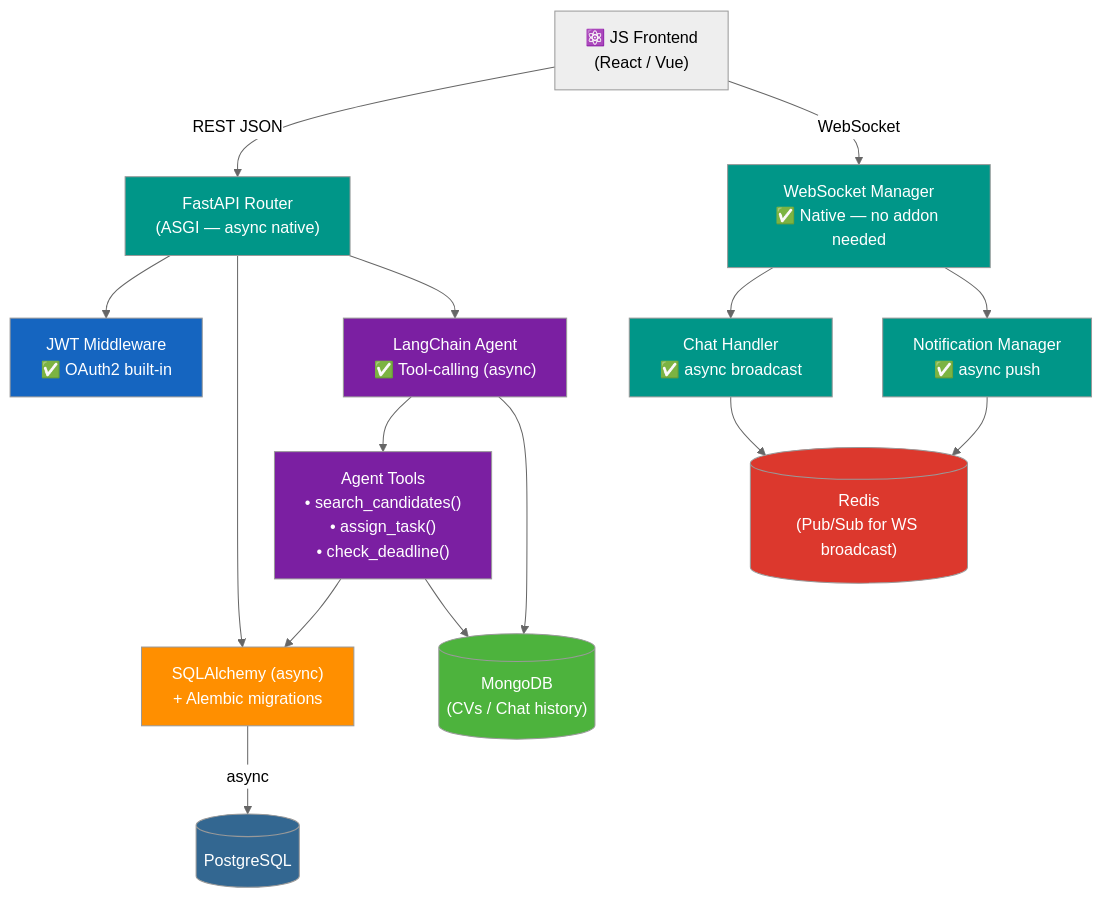
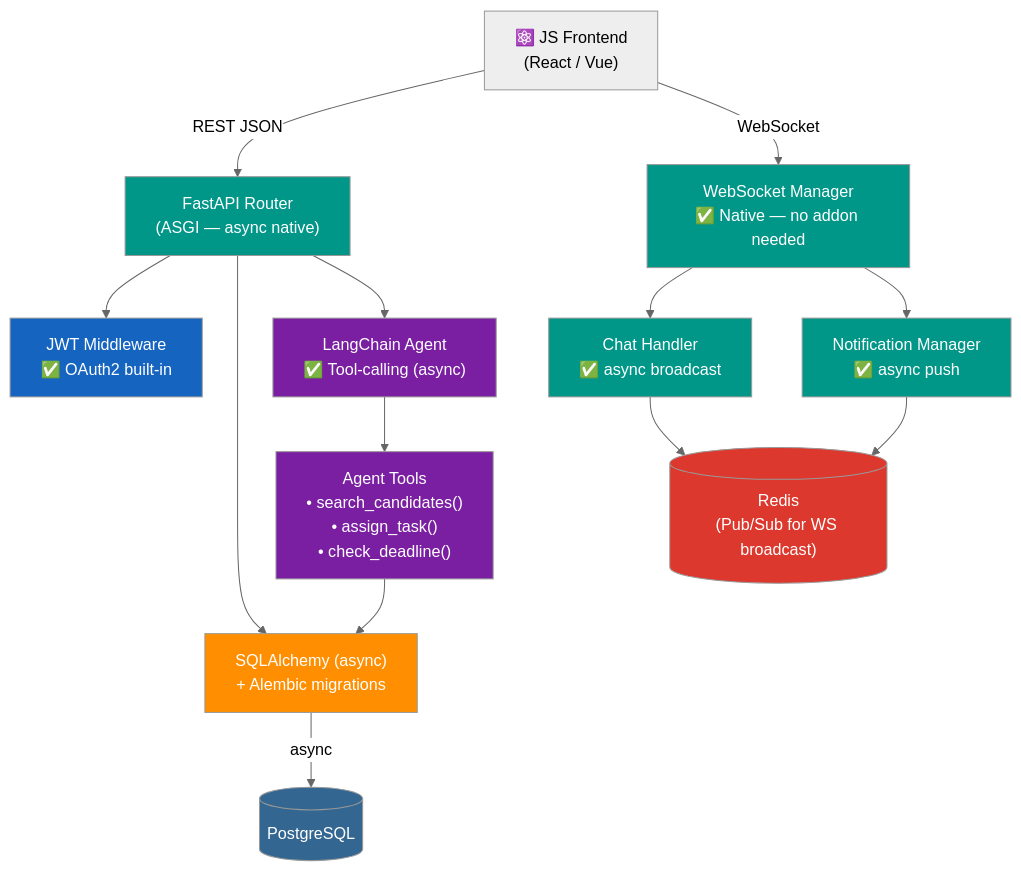
One commit to moad-cher/PFE changed the second of 18 diagrams in docs/Conception/draft.md. Above: the diagram before and after it, drawn with Mermaid (neutral theme). The commit also changed other lines of this file and 3978 other files, not shown here.

````diff
--- a/docs/Conception/draft.md
+++ b/docs/Conception/draft.md
@@ -66,42 +66,38 @@
 ```mermaid
 graph TD
     JS["⚛️ JS Frontend<br>(React / Vue)"]
     API["FastAPI Router<br>(ASGI — async native)"]
     AUTH["JWT Middleware<br>✅ OAuth2 built-in"]
     WS["WebSocket Manager<br>✅ Native — no addon needed"]
     CHAT["Chat Handler<br>✅ async broadcast"]
     NOTIF["Notification Manager<br>✅ async push"]
     AI_AGENT["LangChain Agent<br>✅ Tool-calling (async)"]
     TOOLS["Agent Tools<br>• search_candidates()<br>• assign_task()<br>• check_deadline()"]
     ORM["SQLAlchemy (async)<br>+ Alembic migrations"]
     DB[("PostgreSQL")]
-    MONGO[("MongoDB<br>(CVs / Chat history)")]
     REDIS[("Redis<br>(Pub/Sub for WS broadcast)")]
 
     JS -->|REST JSON| API
     JS -->|WebSocket| WS
     API --> AUTH
     API --> ORM
     API --> AI_AGENT
     WS --> CHAT
     WS --> NOTIF
     CHAT --> REDIS
     NOTIF --> REDIS
     AI_AGENT --> TOOLS
     TOOLS --> ORM
-    TOOLS --> MONGO
     ORM -->|async| DB
-    AI_AGENT --> MONGO
 
     style API fill:#009688,color:#fff
     style AUTH fill:#1565C0,color:#fff
     style WS fill:#009688,color:#fff
     style CHAT fill:#009688,color:#fff
     style NOTIF fill:#009688,color:#fff
     style AI_AGENT fill:#7B1FA2,color:#fff
     style TOOLS fill:#7B1FA2,color:#fff
     style ORM fill:#FF8F00,color:#fff
     style DB fill:#336791,color:#fff
-    style MONGO fill:#4DB33D,color:#fff
     style REDIS fill:#DC382D,color:#fff
 ```
````
